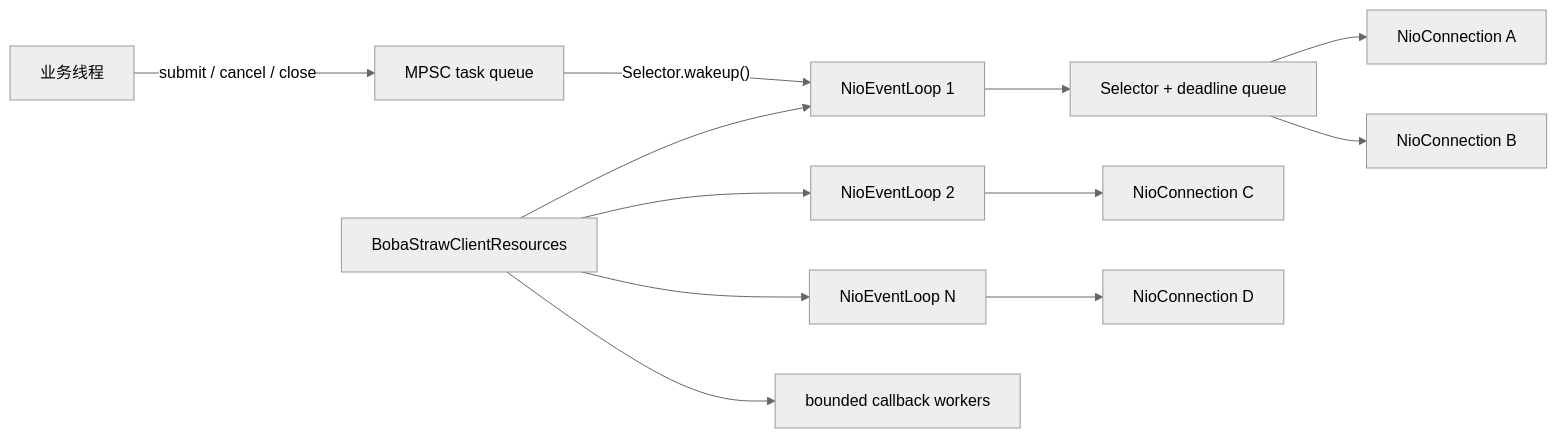
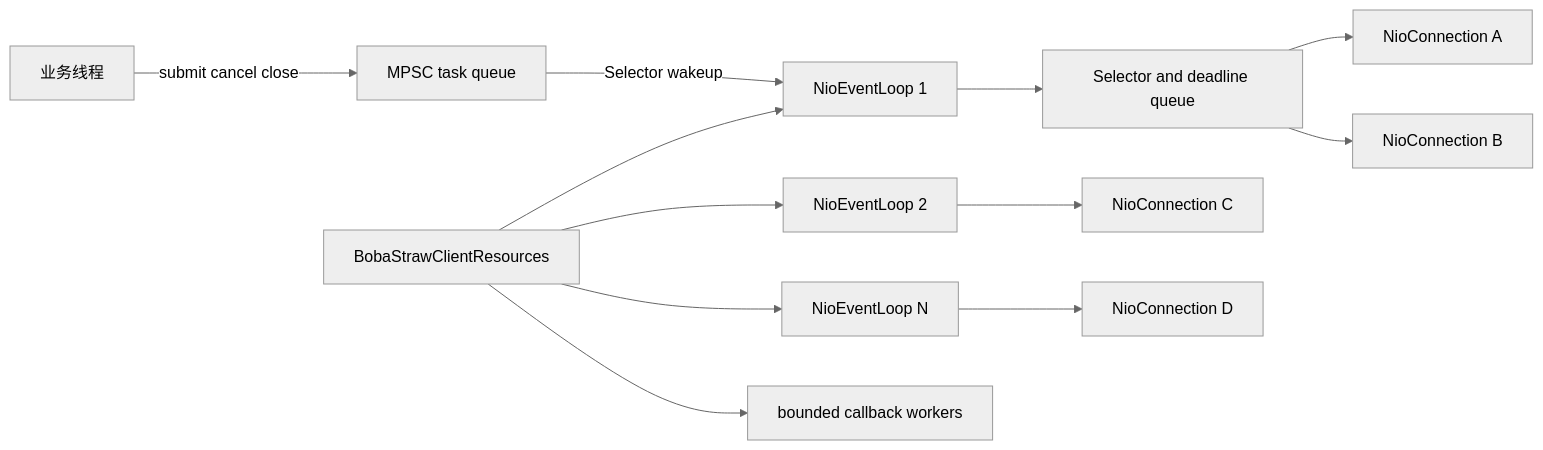
Before and after one commit to susongyan/boba-straw: the first of 5 diagrams in docs/architecture/network-model.md, drawn with Mermaid (neutral theme). The commit also changed other lines of this file and 22 other files, not shown here.

````diff
--- a/docs/architecture/network-model.md
+++ b/docs/architecture/network-model.md
@@ -47,14 +60,14 @@
 ```mermaid
-flowchart LR
-    App["业务线程"] -->|"submit / cancel / close"| Tasks["MPSC task queue"]
-    Tasks -->|"Selector.wakeup()"| Loop1["NioEventLoop 1"]
-    Resources["BobaStrawClientResources"] --> Loop1
-    Resources --> Loop2["NioEventLoop 2"]
-    Resources --> LoopN["NioEventLoop N"]
-    Resources --> Callbacks["bounded callback workers"]
-    Loop1 --> Selector1["Selector + deadline queue"]
-    Selector1 --> A["NioConnection A"]
-    Selector1 --> B["NioConnection B"]
-    Loop2 --> C["NioConnection C"]
-    LoopN --> D["NioConnection D"]
+graph LR
+    App[业务线程] -->|submit cancel close| Tasks[MPSC task queue]
+    Tasks -->|Selector wakeup| Loop1[NioEventLoop 1]
+    Resources[BobaStrawClientResources] --> Loop1
+    Resources --> Loop2[NioEventLoop 2]
+    Resources --> LoopN[NioEventLoop N]
+    Resources --> Callbacks[bounded callback workers]
+    Loop1 --> Selector1[Selector and deadline queue]
+    Selector1 --> A[NioConnection A]
+    Selector1 --> B[NioConnection B]
+    Loop2 --> C[NioConnection C]
+    LoopN --> D[NioConnection D]
 ```
````
